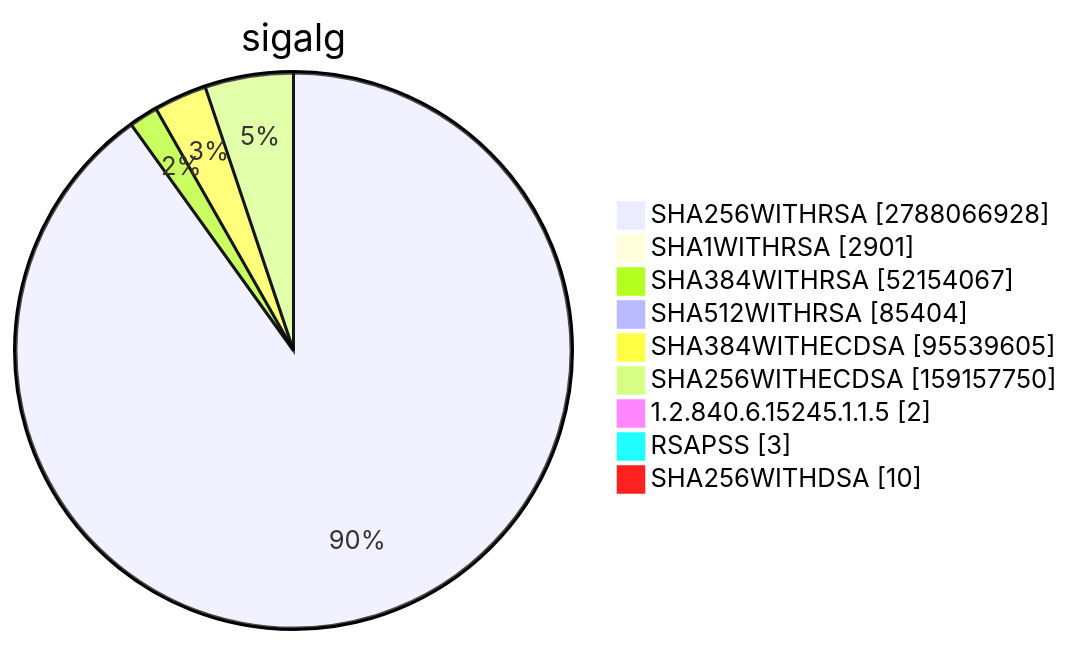
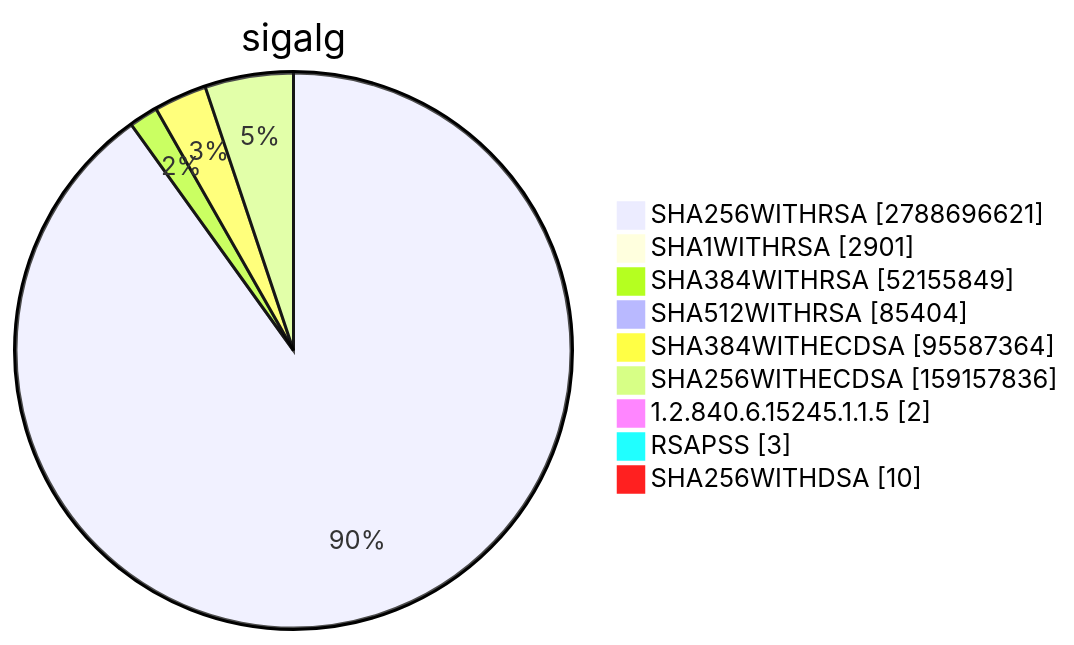
Diagram 15 of 15 in TOTAL/README.md (christiankrug/ctmonitor_visualization), drawn with Mermaid before and after one commit. The commit also changed other lines of this file, not shown here.

````diff
--- a/TOTAL/README.md
+++ b/TOTAL/README.md
@@ -6205,13 +6205,13 @@
 ```mermaid
 pie showData
 title sigalg
-"SHA256WITHRSA" :2788066928
+"SHA256WITHRSA" :2788696621
 "SHA1WITHRSA" :2901
-"SHA384WITHRSA" :52154067
+"SHA384WITHRSA" :52155849
 "SHA512WITHRSA" :85404
-"SHA384WITHECDSA" :95539605
-"SHA256WITHECDSA" :159157750
+"SHA384WITHECDSA" :95587364
+"SHA256WITHECDSA" :159157836
 "1.2.840.6.15245.1.1.5" :2
 "RSAPSS" :3
 "SHA256WITHDSA" :10
 ```
````
